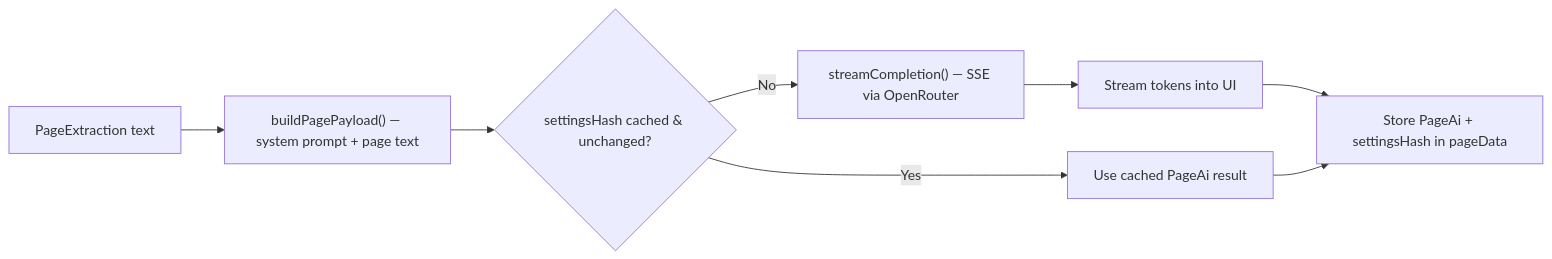
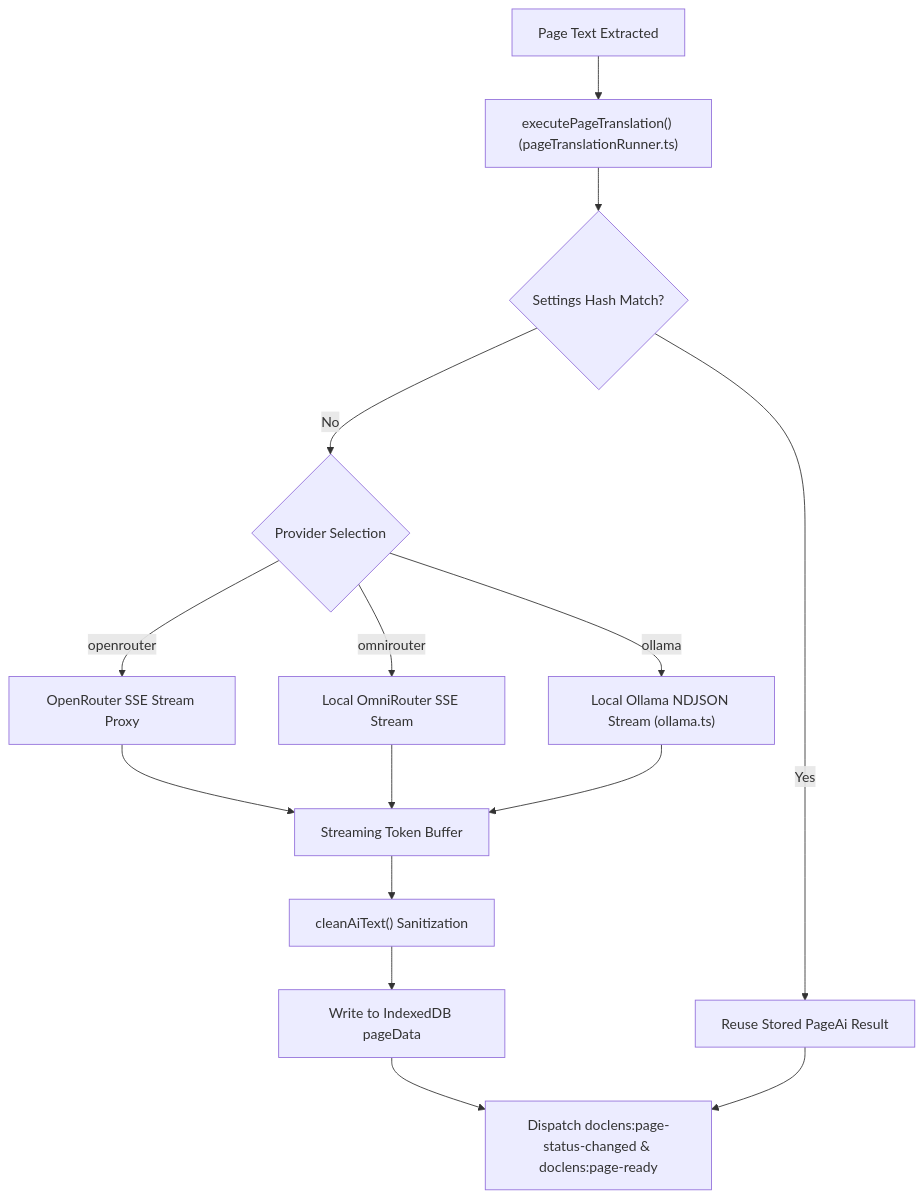
One commit to CyberBanjara/doclens-ai changed the diagram in documentation/Pipelines/Translation Pipeline.md. Above: the diagram before and after it, drawn with Mermaid. The commit also changed other lines of this file and 30 other files, not shown here.

````diff
--- a/documentation/Pipelines/Translation Pipeline.md
+++ b/documentation/Pipelines/Translation Pipeline.md
@@ -10,10 +10,17 @@
 ```mermaid
-flowchart LR
-    A[PageExtraction text] --> B["buildPagePayload() — system prompt + page text"]
-    B --> C{settingsHash cached & unchanged?}
-    C -->|Yes| D[Use cached PageAi result]
-    C -->|No| E["streamCompletion() — SSE via OpenRouter"]
-    E --> F[Stream tokens into UI]
-    F --> G[Store PageAi + settingsHash in pageData]
-    D --> G
+flowchart TD
+    A[Page Text Extracted] --> B["executePageTranslation() (pageTranslationRunner.ts)"]
+    B --> C{Settings Hash Match?}
+    C -->|Yes| D[Reuse Stored PageAi Result]
+    C -->|No| E{Provider Selection}
+    E -->|openrouter| F["OpenRouter SSE Stream Proxy"]
+    E -->|omnirouter| G["Local OmniRouter SSE Stream"]
+    E -->|ollama| H["Local Ollama NDJSON Stream (ollama.ts)"]
+    F --> I[Streaming Token Buffer]
+    G --> I
+    H --> I
+    I --> J["cleanAiText() Sanitization"]
+    J --> K["Write to IndexedDB pageData"]
+    K --> L["Dispatch doclens:page-status-changed & doclens:page-ready"]
+    D --> L
 ```
````
